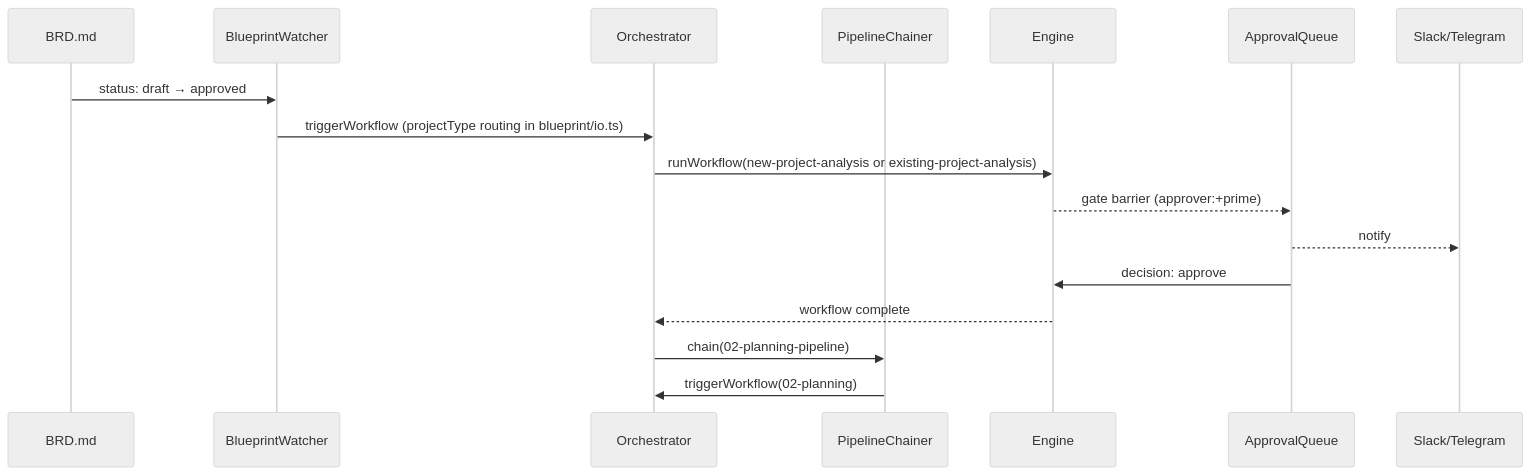
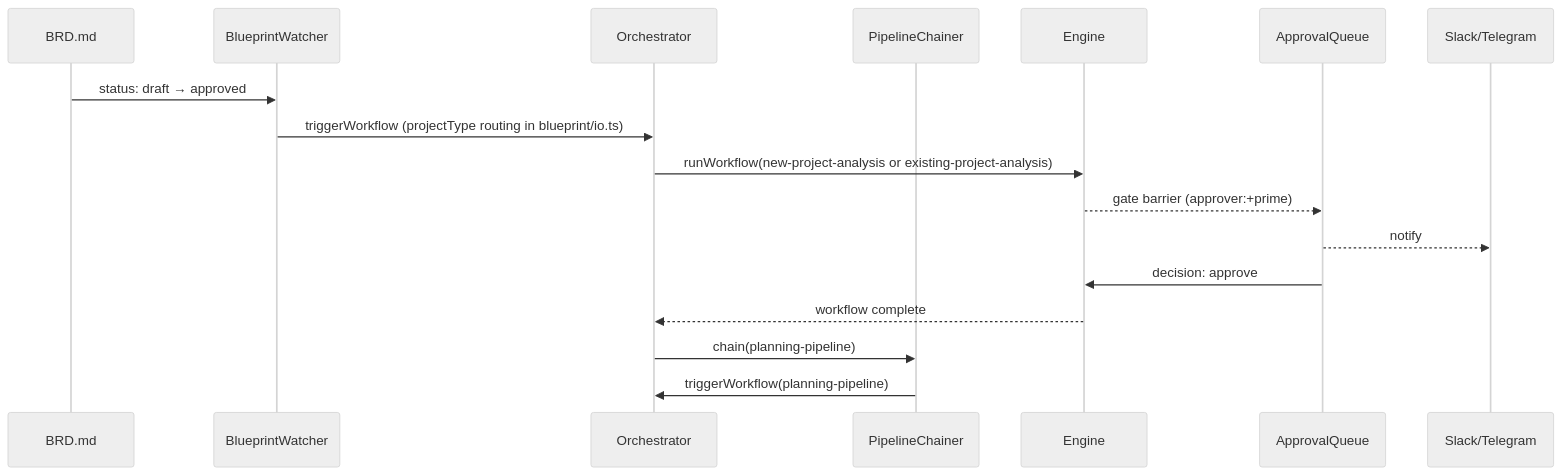
The fourth of 5 diagrams in development/ARCHITECTURE.md (erayendes/kortext), drawn with Mermaid (neutral theme) before and after one commit. The commit also changed 7 other files, not shown here.

First line of the commit message:
docs+code(workflow): rename 02-planning-pipeline → planning-pipeline

````diff
--- a/development/ARCHITECTURE.md
+++ b/development/ARCHITECTURE.md
@@ -250,20 +250,20 @@
 ```mermaid
 sequenceDiagram
     participant File as BRD.md
     participant W as BlueprintWatcher
     participant O as Orchestrator
     participant C as PipelineChainer
     participant E as Engine
     participant Q as ApprovalQueue
     participant N as Slack/Telegram
 
     File->>W: status: draft → approved
     W->>O: triggerWorkflow (projectType routing in blueprint/io.ts)
     O->>E: runWorkflow(new-project-analysis or existing-project-analysis)
     E-->>Q: gate barrier (approver:+prime)
     Q-->>N: notify
     Q->>E: decision: approve
     E-->>O: workflow complete
-    O->>C: chain(02-planning-pipeline)
-    C->>O: triggerWorkflow(02-planning)
+    O->>C: chain(planning-pipeline)
+    C->>O: triggerWorkflow(planning-pipeline)
 ```
````
